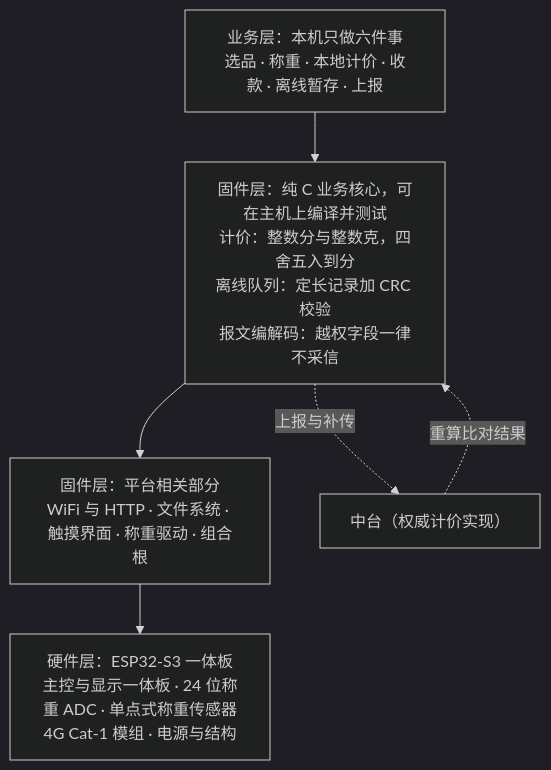
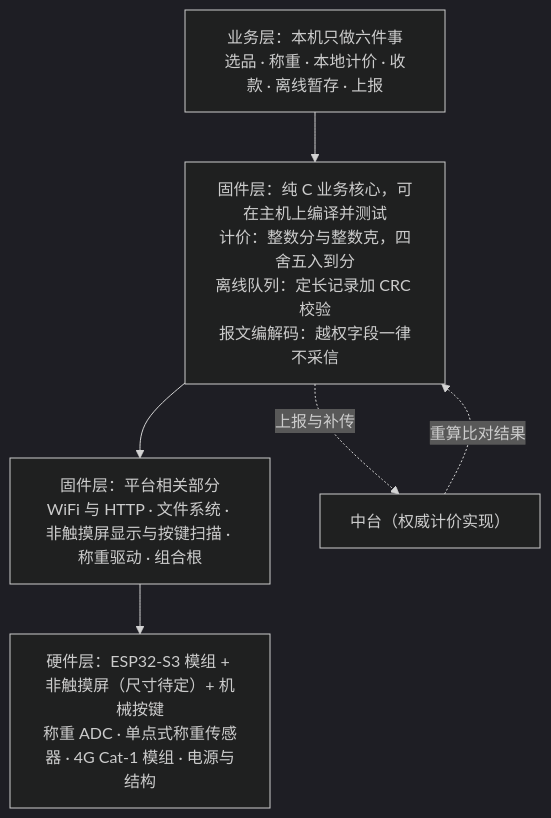
Before and after one commit to gelanpoint/caishic: the second of 3 diagrams in docs/方案说明/02-总体方案.md, drawn with Mermaid (dark theme). The commit also changed other lines of this file and 1 other file, not shown here.

````diff
--- a/docs/方案说明/02-总体方案.md
+++ b/docs/方案说明/02-总体方案.md
@@ -79,14 +79,14 @@
 ```mermaid
 flowchart TB
     Biz["业务层：本机只做六件事<br/>选品 · 称重 · 本地计价 · 收款 · 离线暂存 · 上报"]
     Core["固件层：纯 C 业务核心，可在主机上编译并测试<br/>计价：整数分与整数克，四舍五入到分<br/>离线队列：定长记录加 CRC 校验<br/>报文编解码：越权字段一律不采信"]
-    Plat["固件层：平台相关部分<br/>WiFi 与 HTTP · 文件系统 · 触摸界面 · 称重驱动 · 组合根"]
-    HW["硬件层：ESP32-S3 一体板<br/>主控与显示一体板 · 24 位称重 ADC · 单点式称重传感器<br/>4G Cat-1 模组 · 电源与结构"]
+    Plat["固件层：平台相关部分<br/>WiFi 与 HTTP · 文件系统 · 非触摸屏显示与按键扫描 · 称重驱动 · 组合根"]
+    HW["硬件层：ESP32-S3 模组 + 非触摸屏（尺寸待定）+ 机械按键<br/>称重 ADC · 单点式称重传感器 · 4G Cat-1 模组 · 电源与结构"]
     Hub["中台（权威计价实现）"]
 
     Biz --> Core
     Core --> Plat
     Plat --> HW
     Core -.->|上报与补传| Hub
     Hub -.->|重算比对结果| Core
 ```
````
